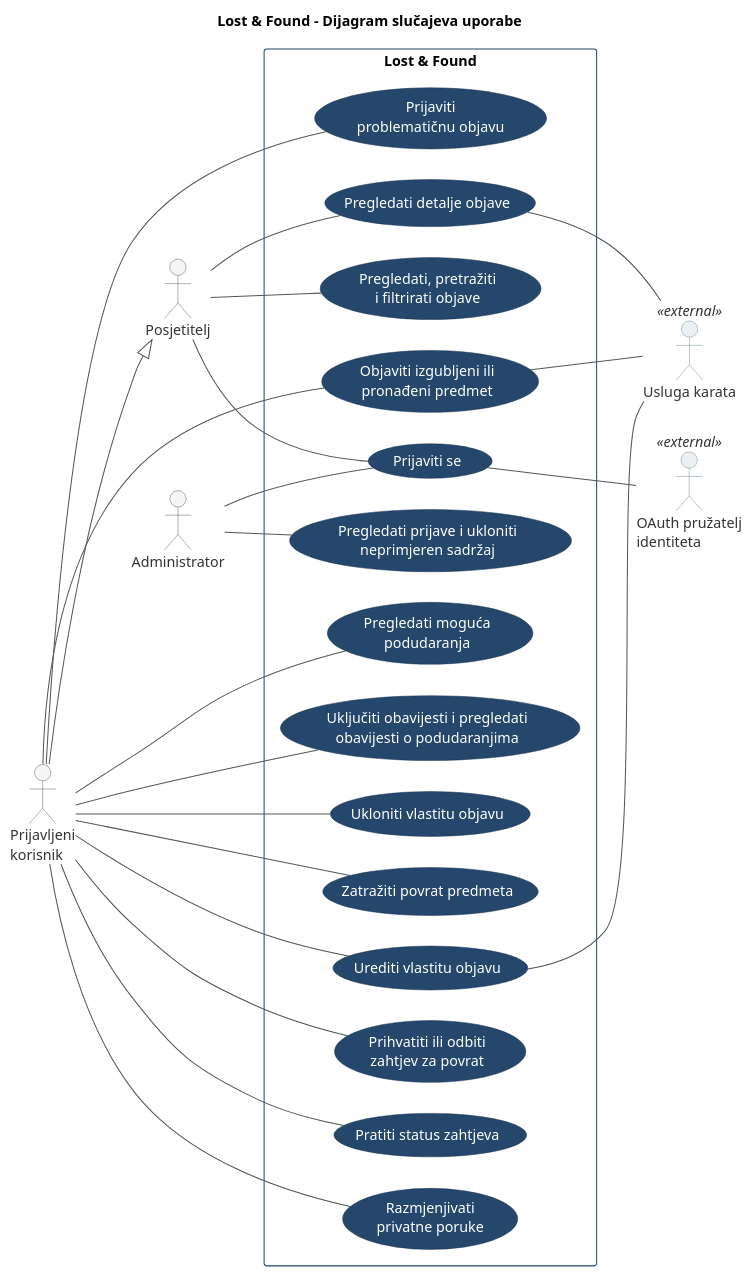
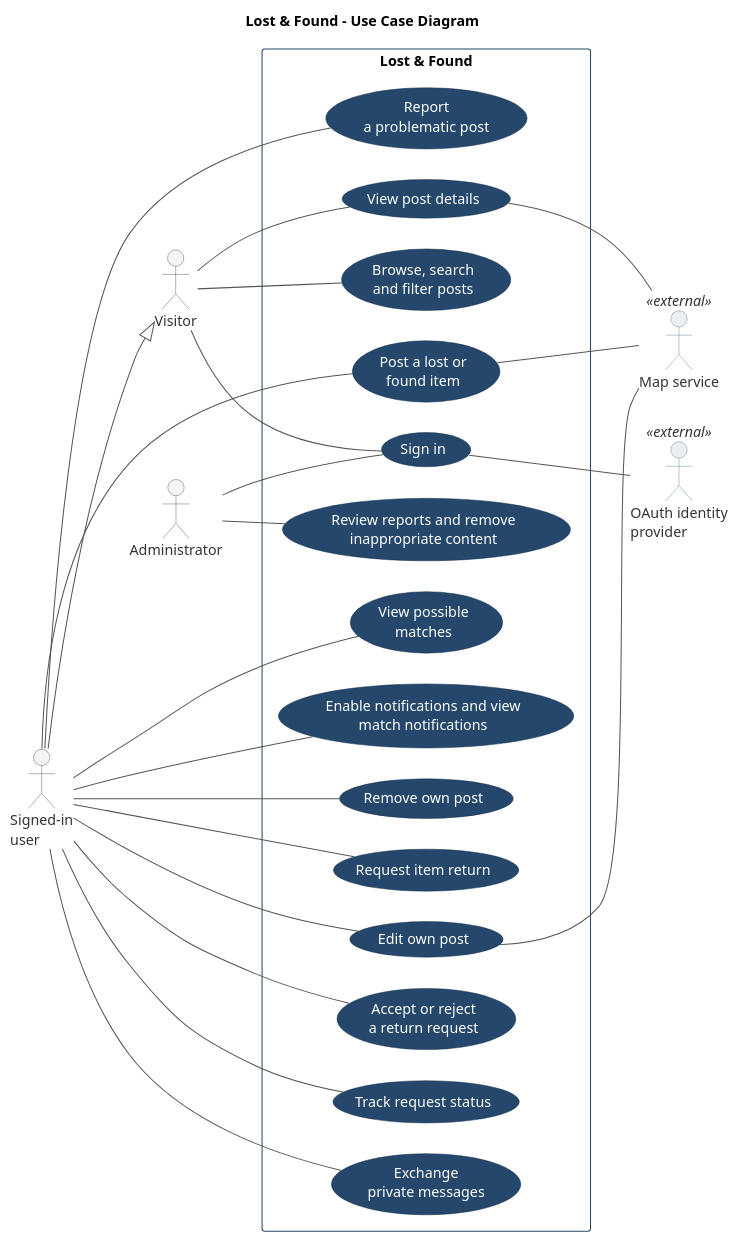
Before and after one commit to Reenial/LEGIS: the diagram in docs/puml/lost-and-found-UC.puml, drawn with PlantUML. The commit also changed 36 other files, not shown here.

```diff
--- a/docs/puml/lost-and-found-UC.puml
+++ b/docs/puml/lost-and-found-UC.puml
@@ -1,88 +1,88 @@
 @startuml
 left to right direction
 
-title Lost & Found – Dijagram slučajeva uporabe
+title Lost & Found - Use Case Diagram
 
 skinparam backgroundColor White
 skinparam shadowing false
 skinparam packageStyle rectangle
 skinparam defaultFontName Arial
 skinparam defaultFontSize 14
 skinparam nodesep 30
 skinparam ranksep 55
 skinparam ArrowColor #505850
 
 skinparam usecase {
   BackgroundColor #24476B
   BorderColor #18324D
   FontColor White
 }
 
 skinparam actor {
   BackgroundColor #F5F5F5
   BorderColor #666666
   FontColor #333333
   BackgroundColor<<external>> #ECEFF1
   BorderColor<<external>> #78909C
 }
 
 skinparam rectangle {
   BackgroundColor White
   BorderColor #24476B
   FontStyle bold
 }
 
-actor "Posjetitelj" as Visitor
-actor "Prijavljeni\nkorisnik" as User
+actor "Visitor" as Visitor
+actor "Signed-in\nuser" as User
 actor "Administrator" as Admin
 
 rectangle "Lost & Found" {
-  usecase "Pregledati, pretražiti\ni filtrirati objave" as Browse
-  usecase "Pregledati detalje objave" as Details
-  usecase "Prijaviti se" as Login
+  usecase "Browse, search\nand filter posts" as Browse
+  usecase "View post details" as Details
+  usecase "Sign in" as Login
 
-  usecase "Objaviti izgubljeni ili\npronađeni predmet" as Publish
-  usecase "Urediti vlastitu objavu" as Edit
-  usecase "Ukloniti vlastitu objavu" as Remove
+  usecase "Post a lost or\nfound item" as Publish
+  usecase "Edit own post" as Edit
+  usecase "Remove own post" as Remove
 
-  usecase "Zatražiti povrat predmeta" as Request
-  usecase "Prihvatiti ili odbiti\nzahtjev za povrat" as Review
-  usecase "Pratiti status zahtjeva" as Status
-  usecase "Razmjenjivati\nprivatne poruke" as Messages
+  usecase "Request item return" as Request
+  usecase "Accept or reject\na return request" as Review
+  usecase "Track request status" as Status
+  usecase "Exchange\nprivate messages" as Messages
 
-  usecase "Pregledati moguća\npodudaranja" as Matches
-  usecase "Uključiti obavijesti i pregledati\nobavijesti o podudaranjima" as Notifications
+  usecase "View possible\nmatches" as Matches
+  usecase "Enable notifications and view\nmatch notifications" as Notifications
 
-  usecase "Prijaviti\nproblematičnu objavu" as Report
-  usecase "Pregledati prijave i ukloniti\nneprimjeren sadržaj" as Moderate
+  usecase "Report\na problematic post" as Report
+  usecase "Review reports and remove\ninappropriate content" as Moderate
 }
 
-actor "OAuth pružatelj\nidentiteta" as Identity <<external>>
-actor "Usluga karata" as Maps <<external>>
+actor "OAuth identity\nprovider" as Identity <<external>>
+actor "Map service" as Maps <<external>>
 
 User --|> Visitor
 
 Visitor -- Browse
 Visitor -- Details
 Visitor -- Login
 
 User -- Publish
 User -- Edit
 User -- Remove
 User -- Request
 User -- Review
 User -- Status
 User -- Messages
 User -- Matches
 User -- Notifications
 User -- Report
 
 Admin -- Login
 Admin -- Moderate
 
 Login -- Identity
 Details -- Maps
 Publish -- Maps
 Edit -- Maps
 
 @enduml
```
